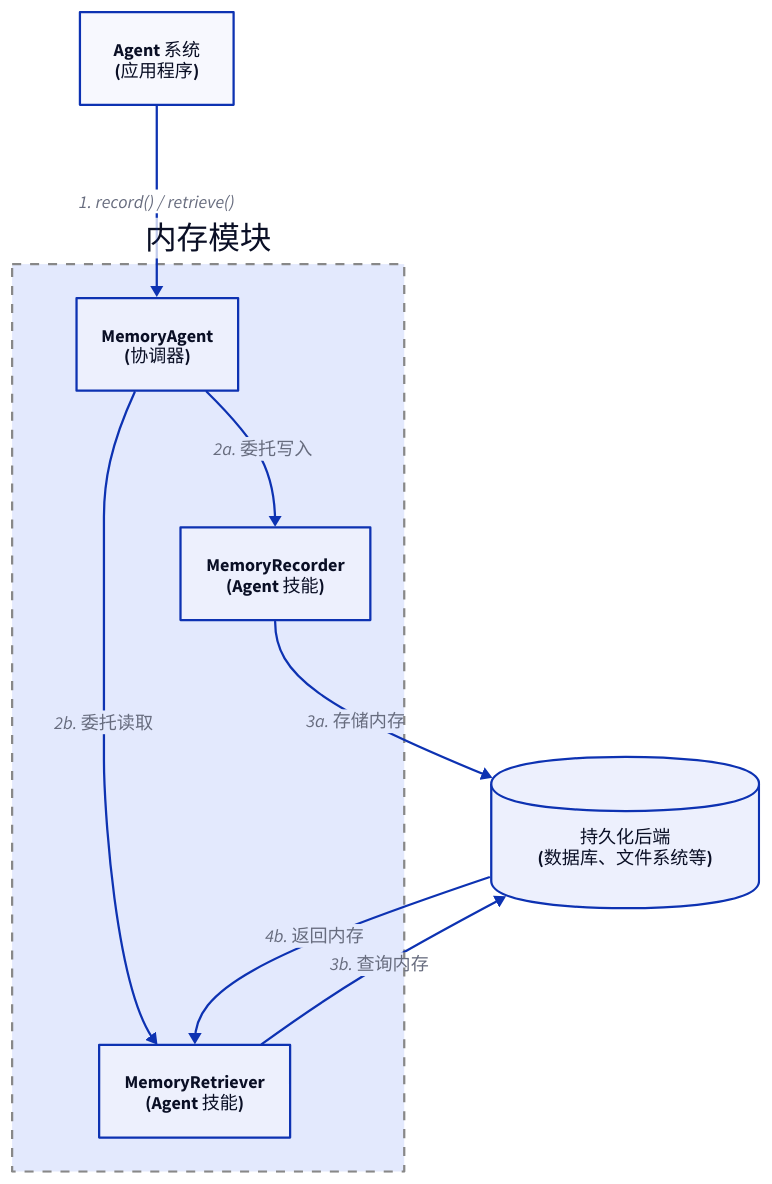
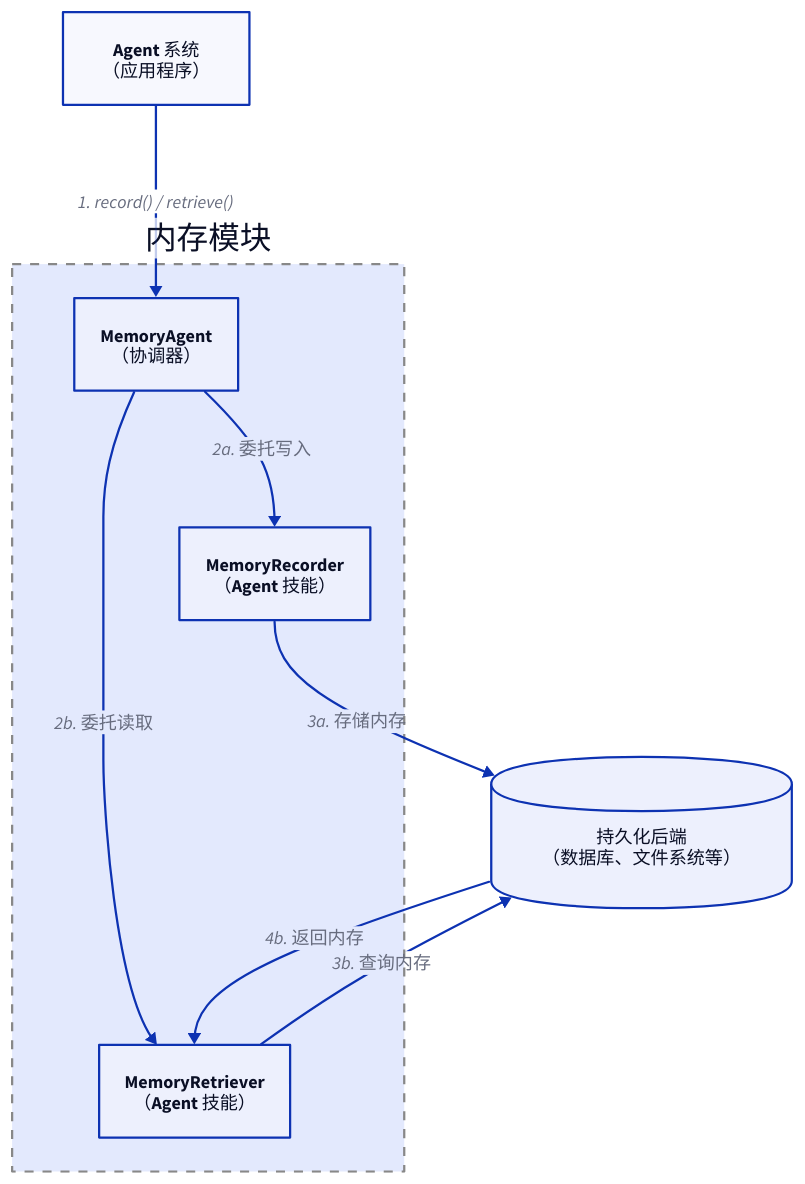
The diagram in .aigne/doc-smith/docs/developer-guide-core-concepts-memory.zh.md (AIGNE-io/aigne-framework), drawn with D2 before and after one commit. The commit also changed other lines of this file and 141 other files, not shown here.

````diff
--- a/.aigne/doc-smith/docs/developer-guide-core-concepts-memory.zh.md
+++ b/.aigne/doc-smith/docs/developer-guide-core-concepts-memory.zh.md
@@ -17,44 +17,44 @@
 ```d2
 direction: down
 
 Agent-System: {
-  label: "Agent 系统\n(应用程序)"
+  label: "Agent 系统\n（应用程序）"
   shape: rectangle
 }
 
 Memory-Module: {
   label: "内存模块"
   shape: rectangle
   style: {
     stroke: "#888"
     stroke-width: 2
     stroke-dash: 4
   }
 
   MemoryAgent: {
-    label: "MemoryAgent\n(协调器)"
+    label: "MemoryAgent\n（协调器）"
   }
 
   MemoryRecorder: {
-    label: "MemoryRecorder\n(Agent 技能)"
+    label: "MemoryRecorder\n（Agent 技能）"
   }
 
   MemoryRetriever: {
-    label: "MemoryRetriever\n(Agent 技能)"
+    label: "MemoryRetriever\n（Agent 技能）"
   }
 }
 
 Persistent-Backend: {
-  label: "持久化后端\n(数据库、文件系统等)"
+  label: "持久化后端\n（数据库、文件系统等）"
   shape: cylinder
 }
 
 Agent-System -> Memory-Module.MemoryAgent: "1. record() / retrieve()"
 
 Memory-Module.MemoryAgent -> Memory-Module.MemoryRecorder: "2a. 委托写入"
 Memory-Module.MemoryRecorder -> Persistent-Backend: "3a. 存储内存"
 
 Memory-Module.MemoryAgent -> Memory-Module.MemoryRetriever: "2b. 委托读取"
 Memory-Module.MemoryRetriever -> Persistent-Backend: "3b. 查询内存"
 Persistent-Backend -> Memory-Module.MemoryRetriever: "4b. 返回内存"
 ```
````
